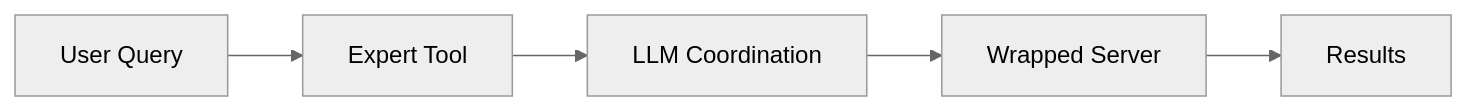
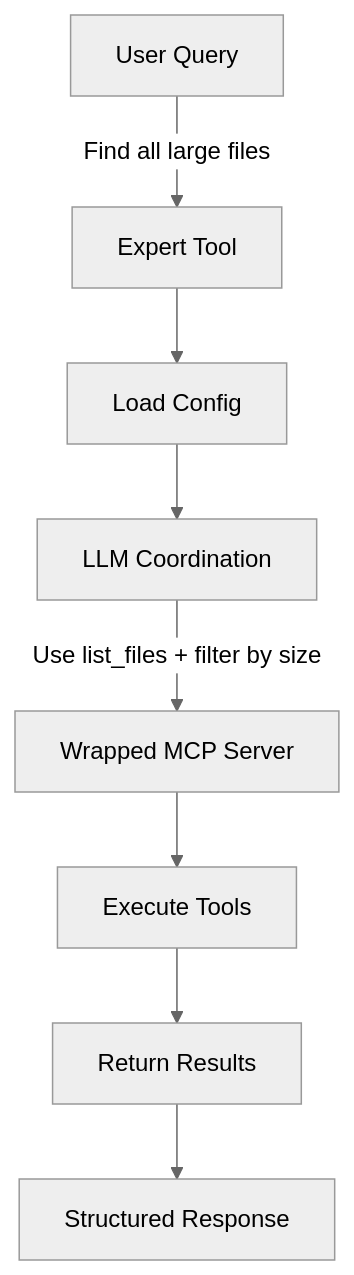
The second of 2 diagrams in README.md (dennisonbertram/mcp-context-saver), drawn with Mermaid (neutral theme) before and after one commit. The commit also changed other lines of this file and 2 other files, not shown here.

````diff
--- a/README.md
+++ b/README.md
@@ -76,7 +93,10 @@
 ```mermaid
-graph LR
-    A[User Query] --> B[Expert Tool]
-    B --> C[LLM Coordination]
-    C --> D[Wrapped Server]
-    D --> E[Results]
+flowchart TD
+    A[User Query] -->|"Find all large files"| B[Expert Tool]
+    B --> C[Load Config]
+    C --> D[LLM Coordination]
+    D -->|"Use list_files + filter by size"| E[Wrapped MCP Server]
+    E --> F[Execute Tools]
+    F --> G[Return Results]
+    G --> H[Structured Response]
 ```
````
